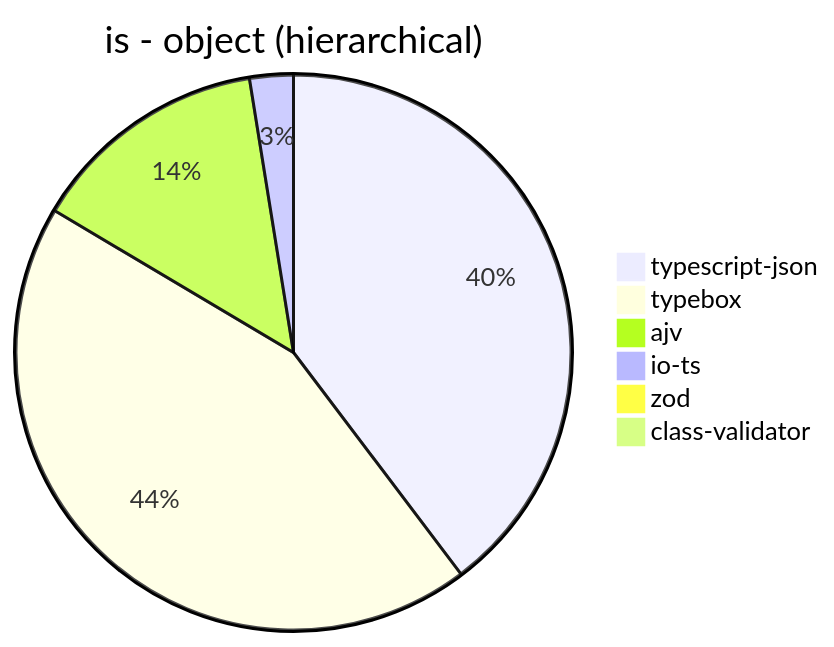
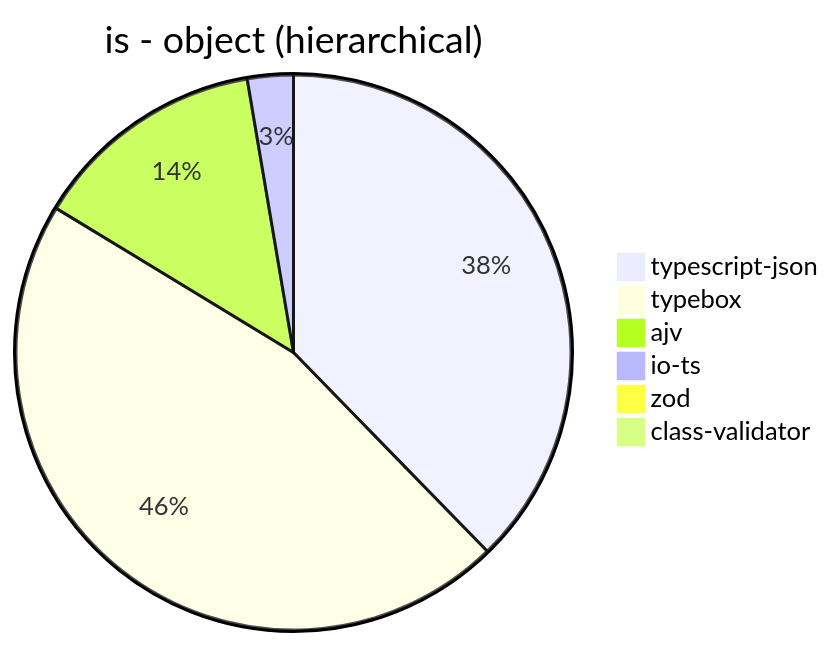
One commit to samchon/typia changed the second of 9 diagrams in benchmark/results/AMD Ryzen 7 3700X 8-Core Processor.md. Above: the diagram before and after it, drawn with Mermaid. The commit also changed other lines of this file and 2 other files, not shown here.

````diff
--- a/benchmark/results/AMD Ryzen 7 3700X 8-Core Processor.md
+++ b/benchmark/results/AMD Ryzen 7 3700X 8-Core Processor.md
@@ -33,9 +33,9 @@
 ```mermaid
 pie title is - object (hierarchical)
-  "typescript-json": 99931.05340160936
-  "typebox": 110351.29271379497
-  "ajv": 35057.6385002798
-  "io-ts": 6390.613586559533
-  "zod": 350.0361794500724
-  "class-validator": 47.31182795698925
+  "typescript-json": 94015.33345649362
+  "typebox": 114688.93412287196
+  "ajv": 34011.56387665198
+  "io-ts": 6659.078289838979
+  "zod": 331.1091073038774
+  "class-validator": 47.36275565123789
 ```
````
